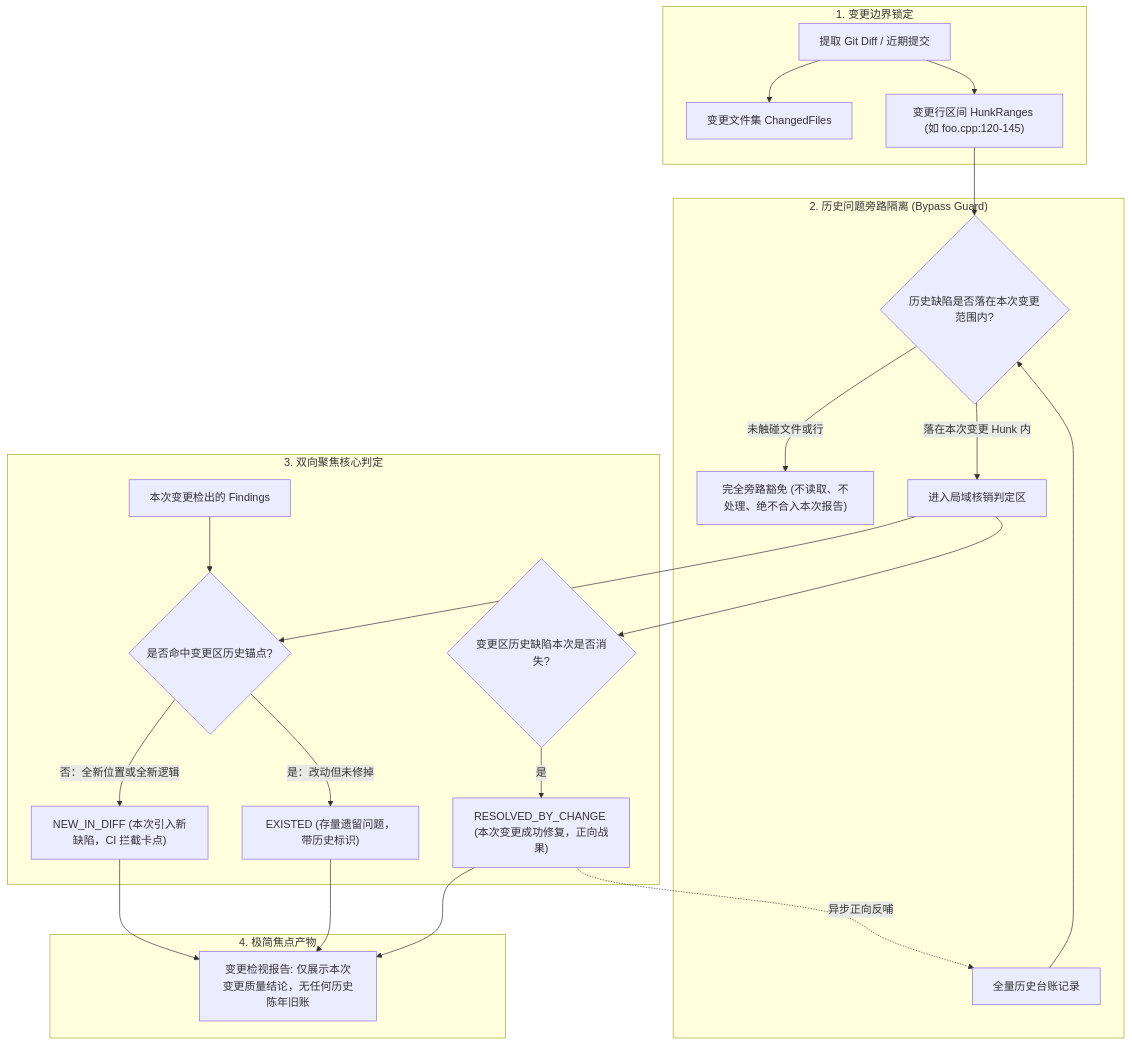
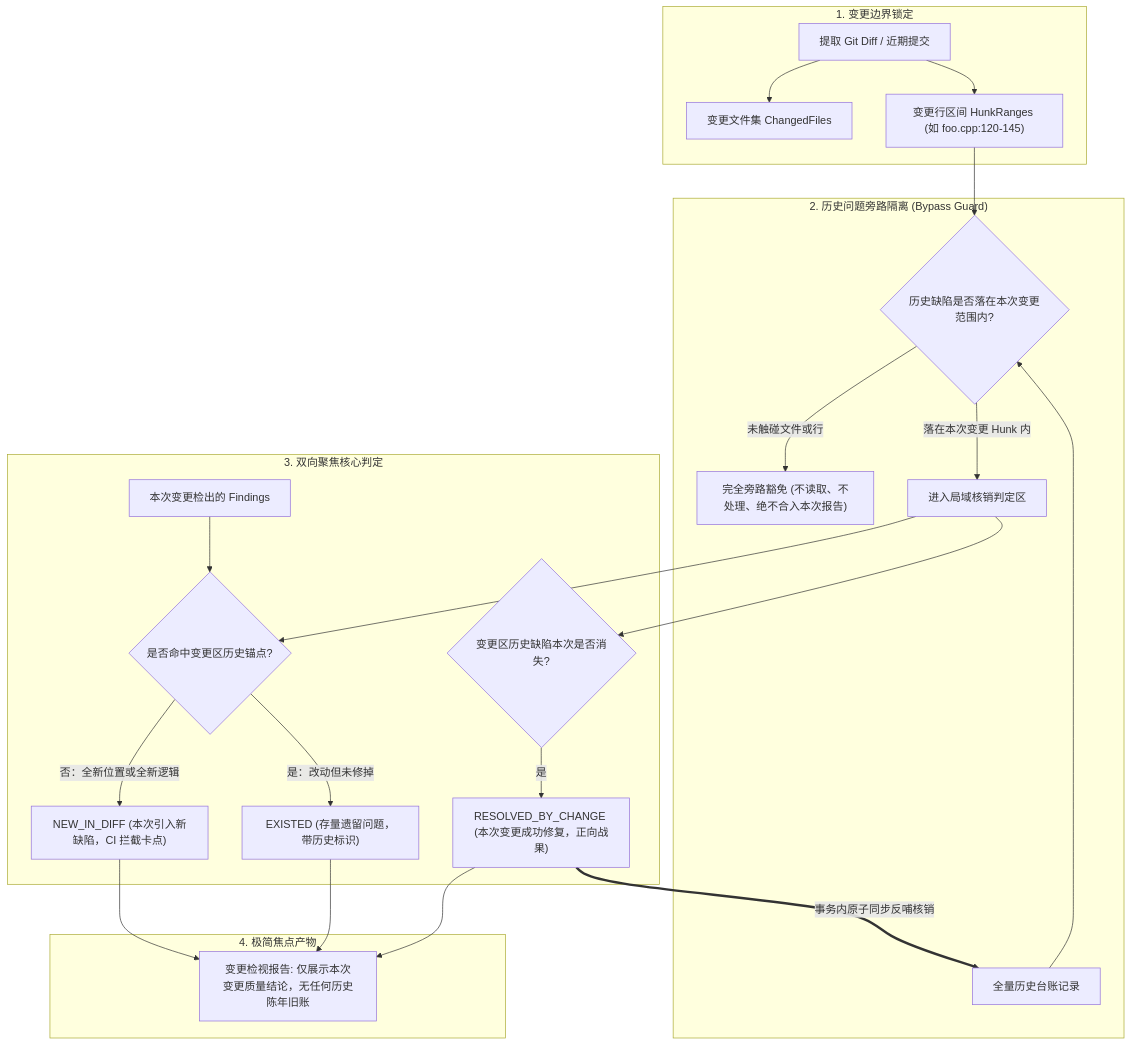
One commit to fugui/code-shield changed the second of 2 diagrams in docs/deterministic-fingerprint-architecture/05-同一代码仓多次扫描问题清单的系统化对账与增量治理架构设计.md. Above: the diagram before and after it, drawn with Mermaid. The commit also changed other lines of this file, not shown here.

````diff
--- a/docs/deterministic-fingerprint-architecture/05-同一代码仓多次扫描问题清单的系统化对账与增量治理架构设计.md
+++ b/docs/deterministic-fingerprint-architecture/05-同一代码仓多次扫描问题清单的系统化对账与增量治理架构设计.md
@@ -272,28 +305,28 @@
 ```mermaid
 flowchart TD
     subgraph GitBoundary["1. 变更边界锁定"]
         DIFF["提取 Git Diff / 近期提交"] --> FILES["变更文件集 ChangedFiles"]
         DIFF --> HUNKS["变更行区间 HunkRanges (如 foo.cpp:120-145)"]
     end
 
     subgraph ScopeGuard["2. 历史问题旁路隔离 (Bypass Guard)"]
         HUNKS --> FILTER{"历史缺陷是否落在本次变更范围内?"}
         DB_HIST["全量历史台账记录"] --> FILTER
         FILTER -->|"未触碰文件或行"| BYPASS["完全旁路豁免 (不读取、不处理、绝不合入本次报告)"]
         FILTER -->|"落在本次变更 Hunk 内"| TOUCHED["进入局域核销判定区"]
     end
 
     subgraph DualFocus["3. 双向聚焦核心判定"]
         SCAN["本次变更检出的 Findings"] --> CHECK_NEW{"是否命中变更区历史锚点?"}
         TOUCHED --> CHECK_NEW
         CHECK_NEW -->|"否：全新位置或全新逻辑"| NEW_DIFF["NEW_IN_DIFF (本次引入新缺陷，CI 拦截卡点)"]
         CHECK_NEW -->|"是：改动但未修掉"| EXISTED_DIFF["EXISTED (存量遗留问题，带历史标识)"]
         TOUCHED --> CHECK_FIX{"变更区历史缺陷本次是否消失?"}
         CHECK_FIX -->|"是"| FIX_DIFF["RESOLVED_BY_CHANGE (本次变更成功修复，正向战果)"]
     end
 
     subgraph ReportOut["4. 极简焦点产物"]
         NEW_DIFF & EXISTED_DIFF & FIX_DIFF --> REP["变更检视报告: 仅展示本次变更质量结论，无任何历史陈年旧账"]
-        FIX_DIFF -.->|"异步正向反哺"| DB_HIST
+        FIX_DIFF ==>|"事务内原子同步反哺核销"| DB_HIST
     end
 ```
````
